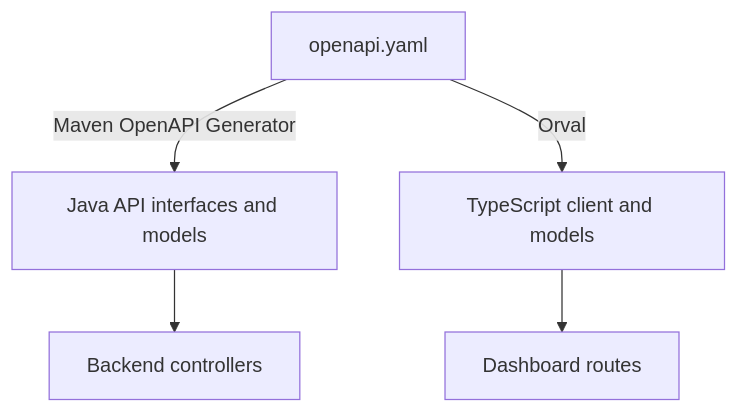
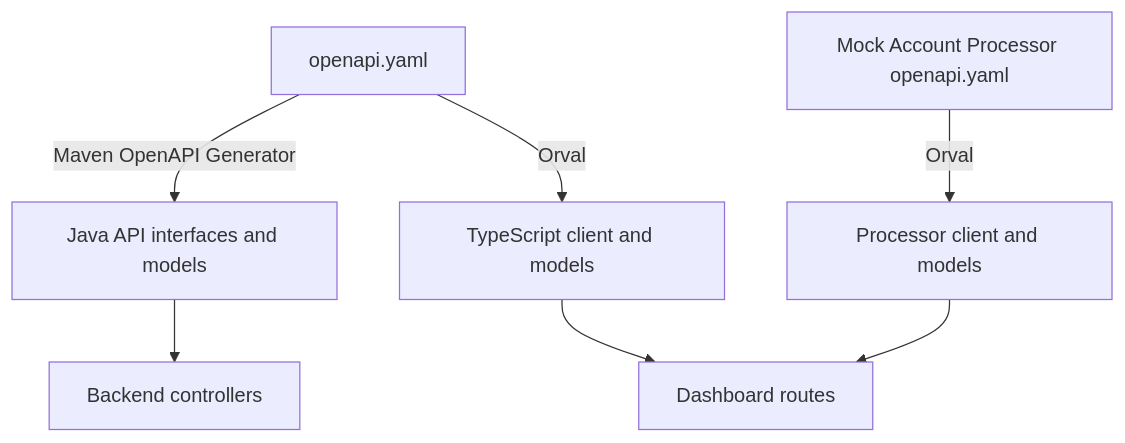
One commit to DerekThree/pricing-app changed the diagram in docs/agents/wiki/02 Architecture/API Contract.md. Above: the diagram before and after it, drawn with Mermaid. The commit also changed other lines of this file and 5 other files, not shown here.

````diff
--- a/docs/agents/wiki/02 Architecture/API Contract.md
+++ b/docs/agents/wiki/02 Architecture/API Contract.md
@@ -13,7 +15,9 @@
 ```mermaid
 flowchart TB
     Contract[openapi.yaml] -->|Maven OpenAPI Generator| Java[Java API interfaces and models]
     Contract -->|Orval| TypeScript[TypeScript client and models]
     Java --> Controllers[Backend controllers]
     TypeScript --> Dashboard[Dashboard routes]
+    ProcessorContract[Mock Account Processor openapi.yaml] -->|Orval| ProcessorTypes[Processor client and models]
+    ProcessorTypes --> Dashboard
 ```
````
